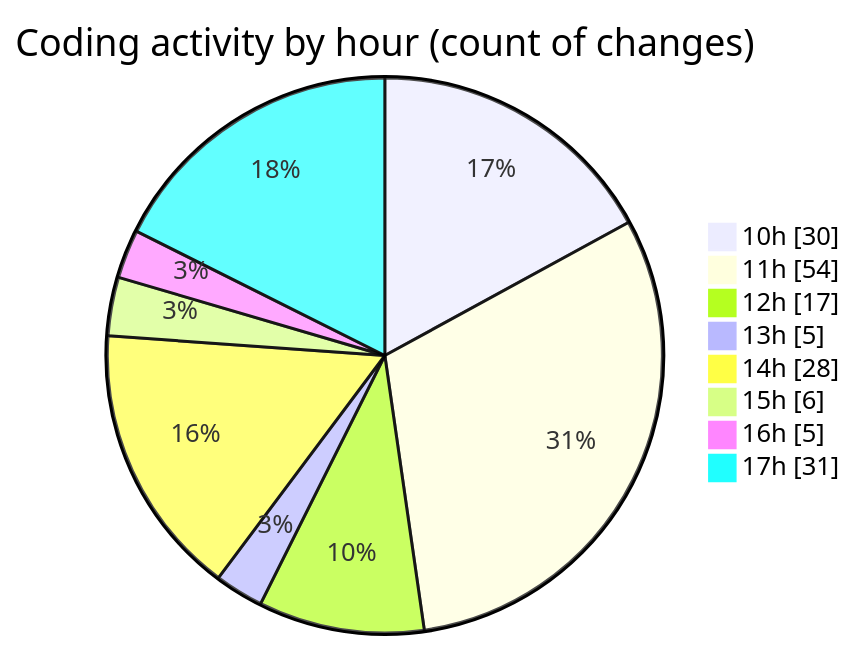
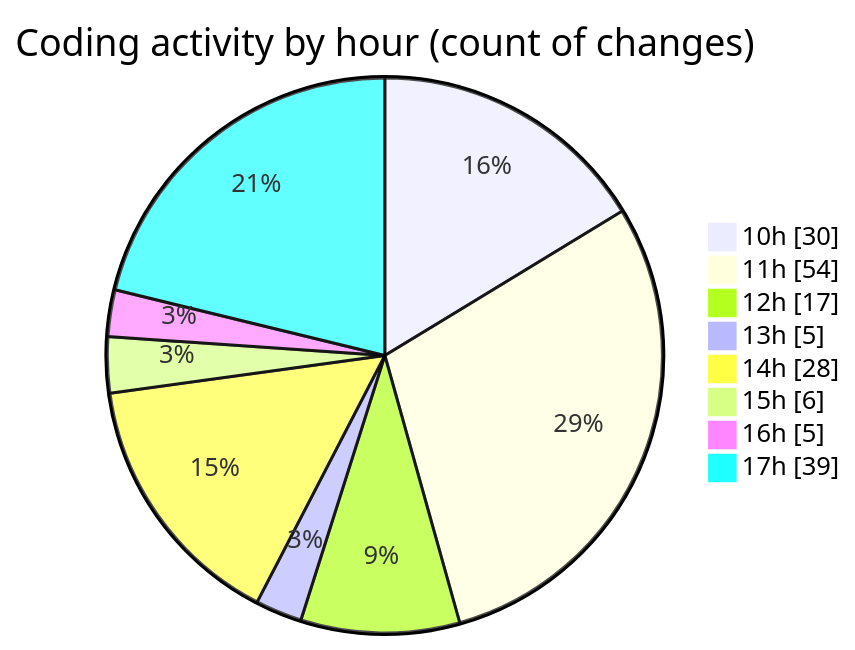
The second of 2 diagrams in 2025-05-01/cda/README.md (momahboobian/code-tracking), drawn with Mermaid before and after one commit. The commit also changed other lines of this file and 1 other file, not shown here.

````diff
--- a/2025-05-01/cda/README.md
+++ b/2025-05-01/cda/README.md
@@ -43,12 +45,12 @@
 ```mermaid
 pie showData
 title Coding activity by hour (count of changes)
 "10h" : 30
 "11h" : 54
 "12h" : 17
 "13h" : 5
 "14h" : 28
 "15h" : 6
 "16h" : 5
-"17h" : 31
+"17h" : 39
 ```
````
